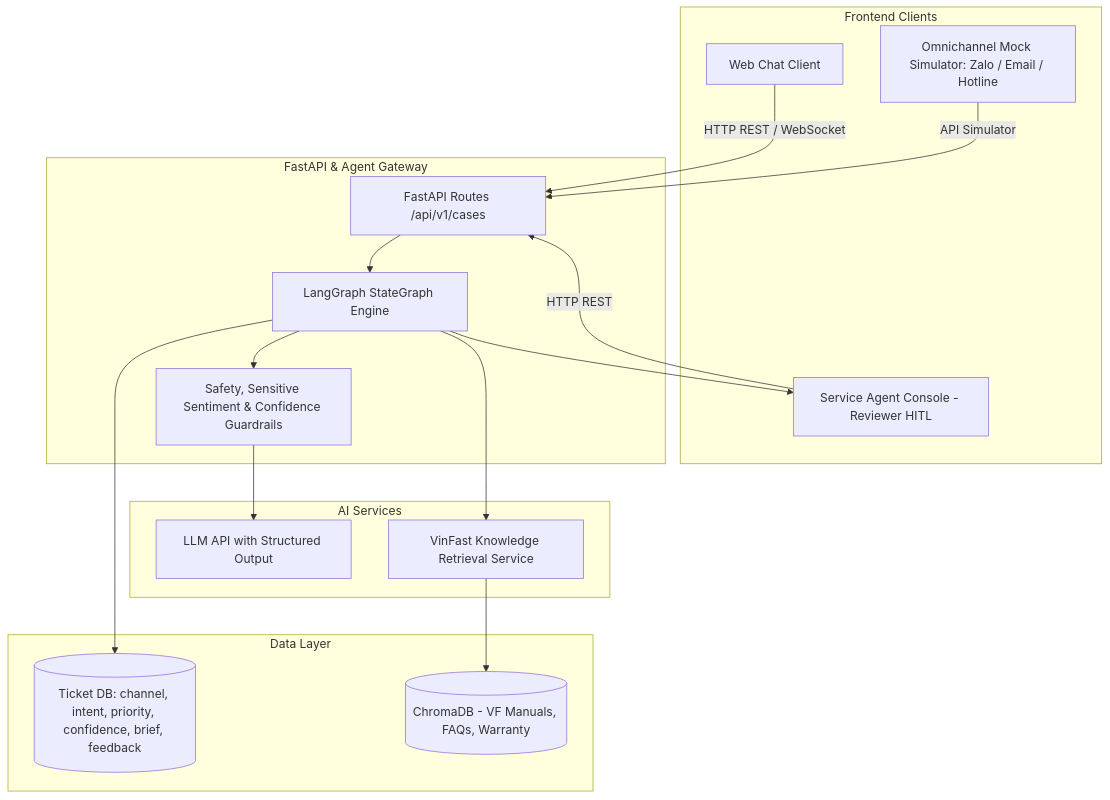
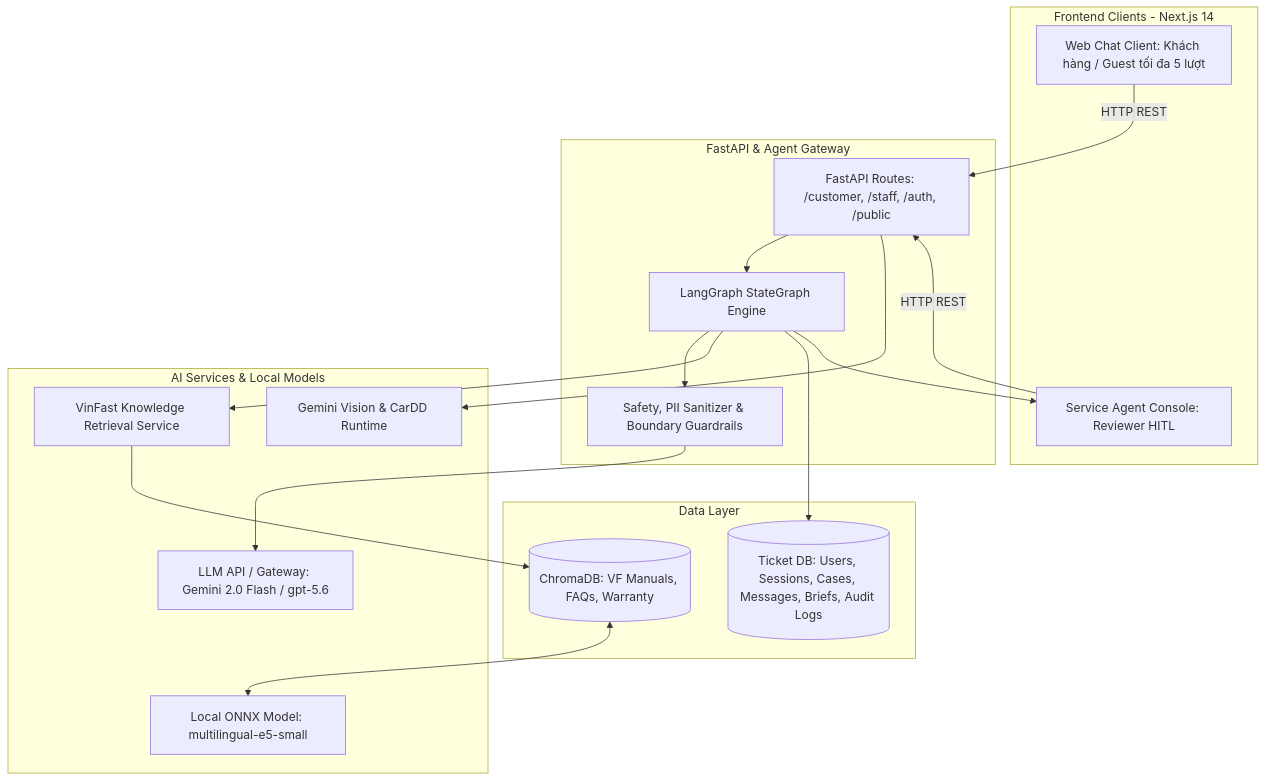
One commit to TheViet298/viet-ai changed the first of 2 diagrams in ARCHITECTURE.md. Above: the diagram before and after it, drawn with Mermaid. The commit also changed other lines of this file and 13 other files, not shown here.

Commit message:
feat(auth-and-docs): isolate chat sessions, update system activity diagrams, and refine setup documentation

````diff
--- a/ARCHITECTURE.md
+++ b/ARCHITECTURE.md
@@ -9,35 +14,37 @@
 ```mermaid
 graph TB
-    subgraph Frontend[Frontend Clients]
-        WC[Web Chat Client]
-        Sim[Omnichannel Mock Simulator: Zalo / Email / Hotline]
-        Console[Service Agent Console - Reviewer HITL]
+    subgraph Frontend[Frontend Clients - Next.js 14]
+        WC[Web Chat Client: Khách hàng / Guest tối đa 5 lượt]
+        Console[Service Agent Console: Reviewer HITL]
     end
 
     subgraph Backend[FastAPI & Agent Gateway]
-        API[FastAPI Routes /api/v1/cases]
+        API[FastAPI Routes: /customer, /staff, /auth, /public]
         Agent[LangGraph StateGraph Engine]
-        Guard[Safety, Sensitive Sentiment & Confidence Guardrails]
+        Guard[Safety, PII Sanitizer & Boundary Guardrails]
     end
 
-    subgraph Intelligence[AI Services]
-        LLM[LLM API with Structured Output]
+    subgraph Intelligence[AI Services & Local Models]
+        LLM[LLM API / Gateway: Gemini 2.0 Flash / gpt-5.6]
+        Vision[Gemini Vision & CarDD Runtime]
         RAG[VinFast Knowledge Retrieval Service]
+        LocalONNX[Local ONNX Model: multilingual-e5-small]
     end
 
     subgraph Storage[Data Layer]
-        DB[(Ticket DB: channel, intent, priority, confidence, brief, feedback)]
-        VectorStore[(ChromaDB - VF Manuals, FAQs, Warranty)]
+        DB[(Ticket DB: Users, Sessions, Cases, Messages, Briefs, Audit Logs)]
+        VectorStore[(ChromaDB: VF Manuals, FAQs, Warranty)]
     end
 
-    WC -->|HTTP REST / WebSocket| API
-    Sim -->|API Simulator| API
+    WC -->|HTTP REST| API
     Console -->|HTTP REST| API
     API --> Agent
     Agent --> Guard
     Guard --> LLM
+    API --> Vision
     Agent --> RAG
     RAG --> VectorStore
+    VectorStore <--> LocalONNX
     Agent --> DB
     Agent --> Console
 ```
````
